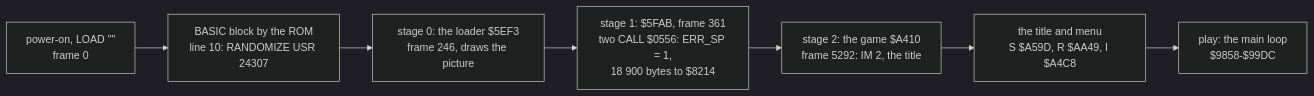
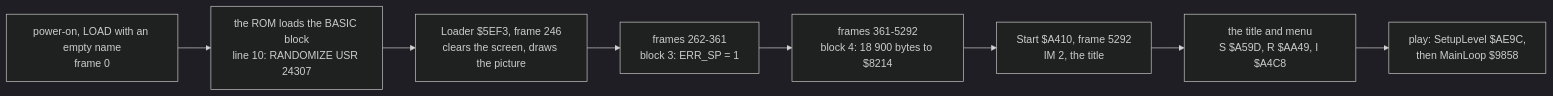
One commit to alfishe/unrealng-reverse-cases changed the first of 3 diagrams in games/chuckie-egg/docs/02-architecture.md. Above: the diagram before and after it, drawn with Mermaid (dark theme). The commit also changed other lines of this file and 164 other files, not shown here.

````diff
--- a/games/chuckie-egg/docs/02-architecture.md
+++ b/games/chuckie-egg/docs/02-architecture.md
@@ -57,9 +144,10 @@
 ```mermaid
 flowchart LR
-    A["power-on, LOAD #quot;#quot;<br/>frame 0"] --> B["BASIC block by the ROM<br/>line 10: RANDOMIZE USR 24307"]
-    B --> C["stage 0: the loader $5EF3<br/>frame 246, draws the picture"]
-    C --> D["stage 1: $5FAB, frame 361<br/>two CALL $0556: ERR_SP = 1,<br/>18 900 bytes to $8214"]
-    D --> E["stage 2: the game $A410<br/>frame 5292: IM 2, the title"]
-    E --> F["the title and menu<br/>S $A59D, R $AA49, I $A4C8"]
-    F --> G["play: the main loop<br/>$9858-$99DC"]
+    A["power-on, LOAD with an empty name<br/>frame 0"] --> B["the ROM loads the BASIC block<br/>line 10: RANDOMIZE USR 24307"]
+    B --> C["Loader $5EF3, frame 246<br/>clears the screen, draws the picture"]
+    C --> D["frames 262-361<br/>block 3: ERR_SP = 1"]
+    D --> E["frames 361-5292<br/>block 4: 18 900 bytes to $8214"]
+    E --> F["Start $A410, frame 5292<br/>IM 2, the title"]
+    F --> G["the title and menu<br/>S $A59D, R $AA49, I $A4C8"]
+    G --> H["play: SetupLevel $AE9C,<br/>then MainLoop $9858"]
 ```
````
